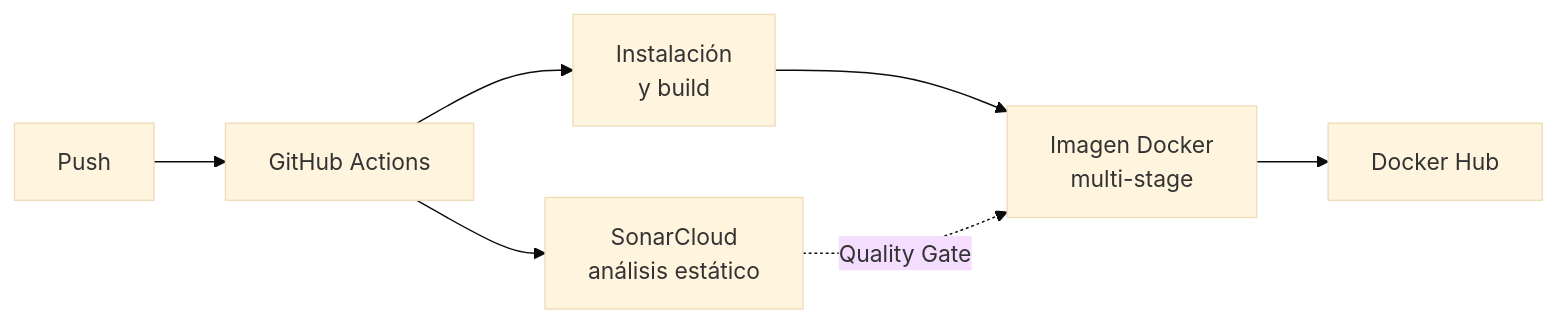
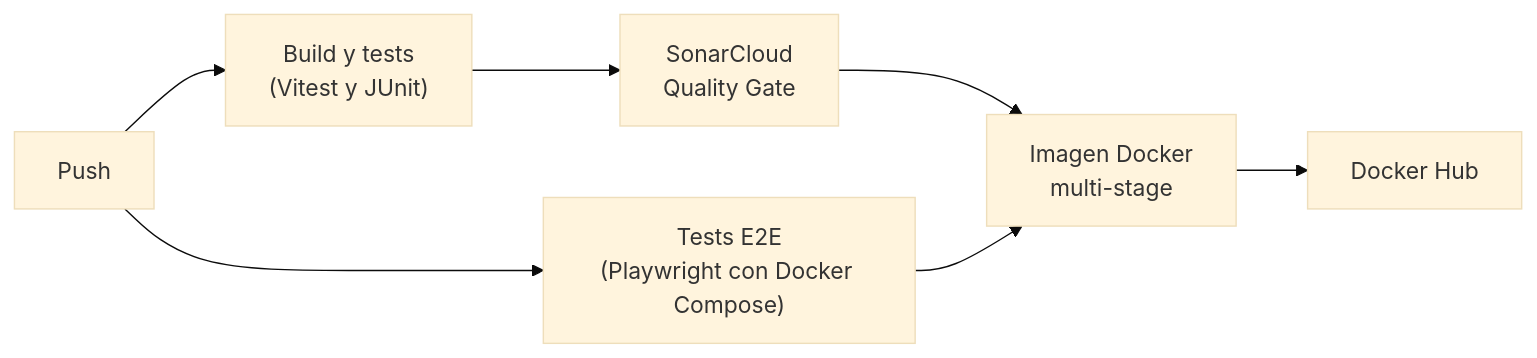
Before and after one commit to juanparejog/BarHub2.0: the second of 2 diagrams in README.md, drawn with Mermaid (base theme). The commit also changed other lines of this file and 18 other files, not shown here.

````diff
--- a/README.md
+++ b/README.md
@@ -163,9 +163,9 @@
 ```mermaid
 flowchart LR
-    A["Push"] --> B["GitHub Actions"]
-    B --> C["SonarCloud<br/>análisis estático"]
-    B --> D["Instalación<br/>y build"]
-    D --> E["Imagen Docker<br/>multi-stage"]
-    C -.->|Quality Gate| E
+    A["Push"] --> B["Build y tests<br/>(Vitest y JUnit)"]
+    B --> C["SonarCloud<br/>Quality Gate"]
+    A --> D["Tests E2E<br/>(Playwright con Docker Compose)"]
+    C --> E["Imagen Docker<br/>multi-stage"]
+    D --> E
     E --> F["Docker Hub"]
 ```
````
